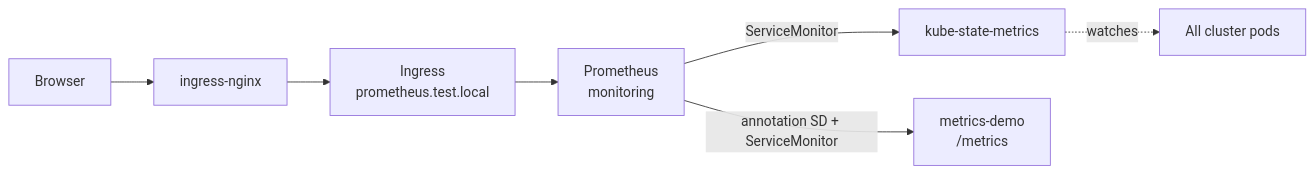
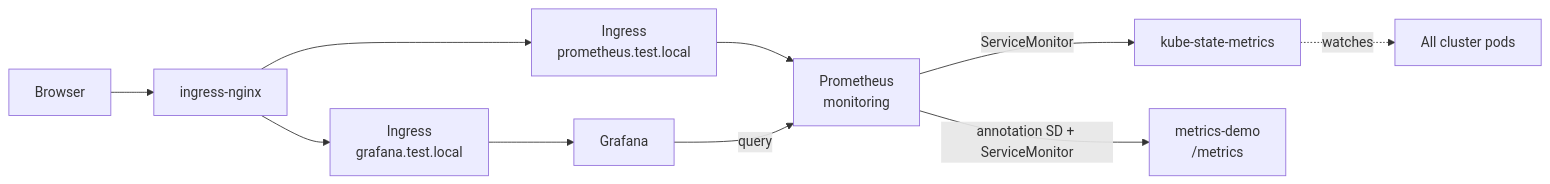
One commit to youssefshibl/k8s-labs changed the diagram in setup/prometheus/README.md. Above: the diagram before and after it, drawn with Mermaid. The commit also changed other lines of this file and 8 other files, not shown here.

````diff
--- a/setup/prometheus/README.md
+++ b/setup/prometheus/README.md
@@ -25,15 +29,20 @@
 ```mermaid
 flowchart LR
   Browser["Browser"]
   IC["ingress-nginx"]
   PromIng["Ingress<br/>prometheus.test.local"]
+  GrafIng["Ingress<br/>grafana.test.local"]
   Prom["Prometheus<br/>monitoring"]
+  Graf["Grafana"]
   KSM["kube-state-metrics"]
   Demo["metrics-demo<br/>/metrics"]
   AllPods["All cluster pods"]
 
-  Browser --> IC --> PromIng --> Prom
+  Browser --> IC
+  IC --> PromIng --> Prom
+  IC --> GrafIng --> Graf
+  Graf -->|query| Prom
   Prom -->|ServiceMonitor| KSM
   KSM -.->|watches| AllPods
   Prom -->|annotation SD + ServiceMonitor| Demo
 ```
````
